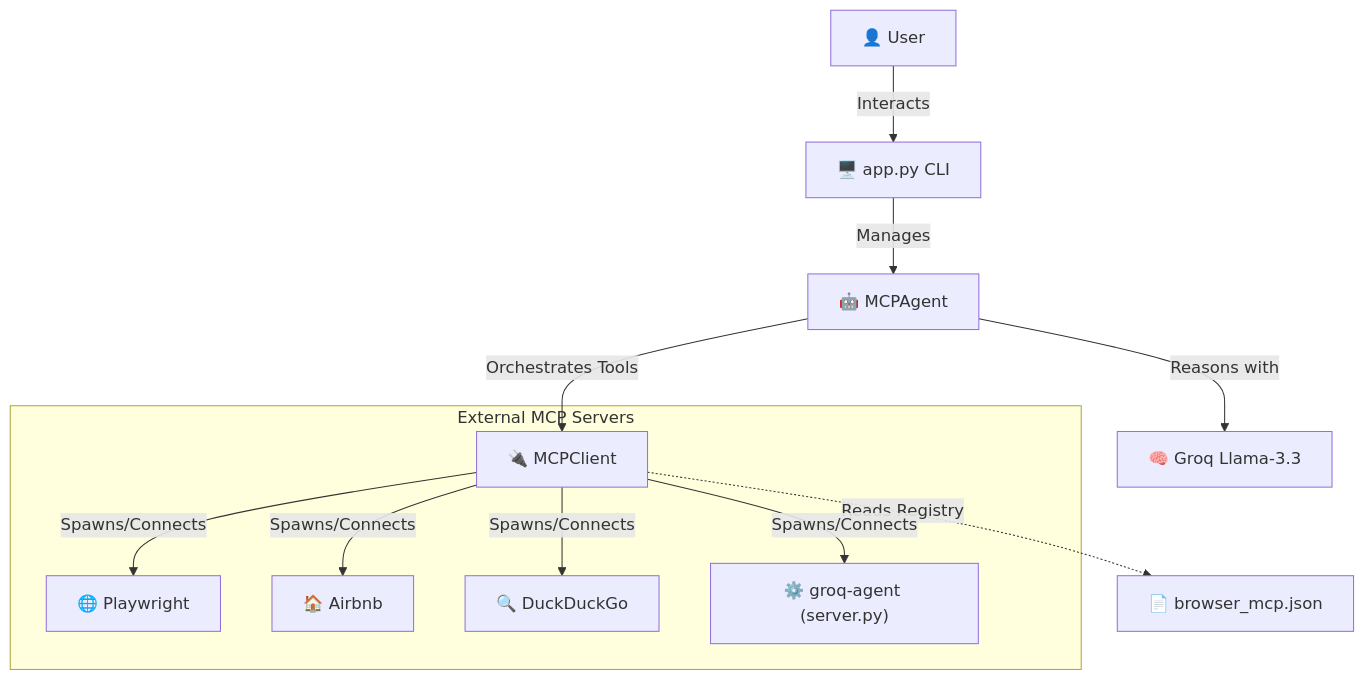
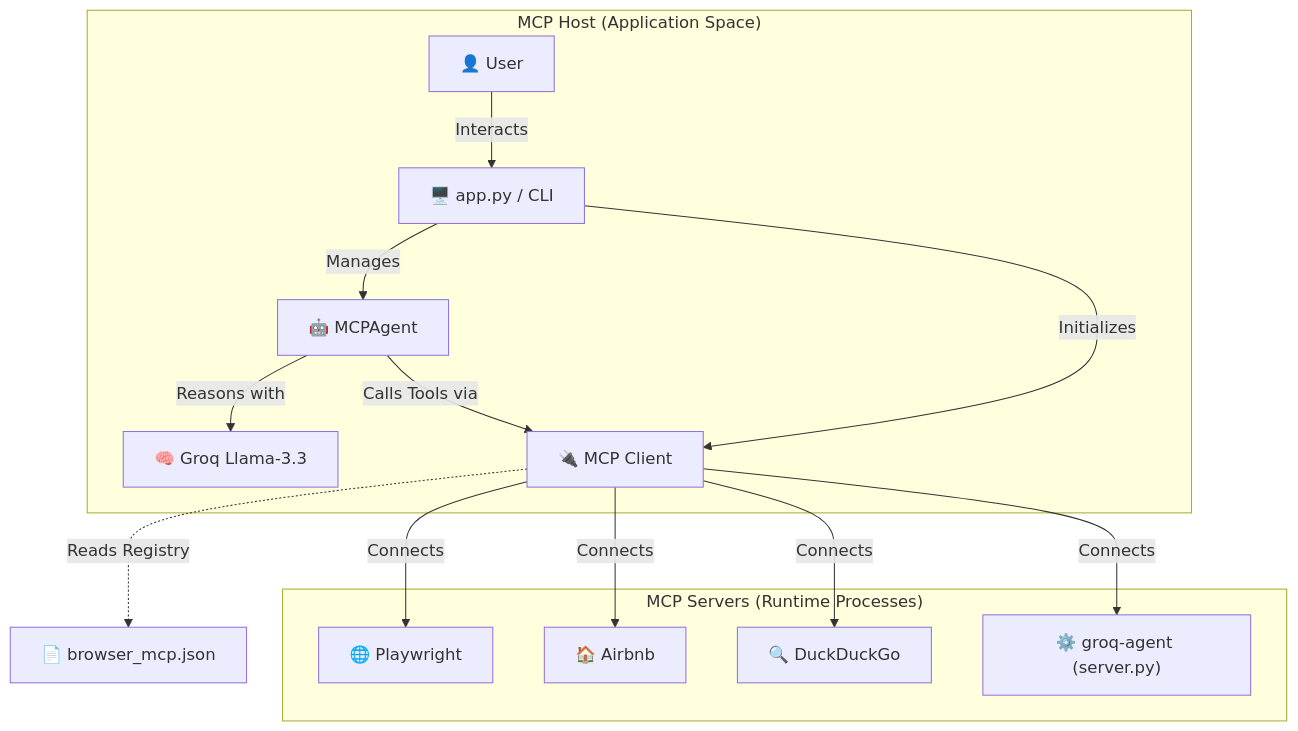
The diagram in README.md (DarshanHegdeP/MCP), drawn with Mermaid before and after one commit. The commit also changed other lines of this file, not shown here.

````diff
--- a/README.md
+++ b/README.md
@@ -11,15 +11,19 @@
 ```mermaid
 graph TD
-    User["👤 User"] -->|Interacts| App["🖥️ app.py CLI"]
-    App -->|Manages| Agent["🤖 MCPAgent"]
-    Agent -->|Reasons with| LLM["🧠 Groq Llama-3.3"]
-    Agent -->|Orchestrates Tools| Client["🔌 MCPClient"]
+    subgraph "MCP Host (Application Space)"
+        User["👤 User"] -->|Interacts| App["🖥️ app.py / CLI"]
+        App -->|Manages| Agent["🤖 MCPAgent"]
+        Agent -->|Reasons with| LLM["🧠 Groq Llama-3.3"]
+        App -->|Initializes| Client["🔌 MCP Client"]
+        Agent -->|Calls Tools via| Client
+    end
+
     Client -.->|Reads Registry| Config["📄 browser_mcp.json"]
-    
-    subgraph "External MCP Servers"
-        Client -->|Spawns/Connects| PW["🌐 Playwright"]
-        Client -->|Spawns/Connects| AB["🏠 Airbnb"]
-        Client -->|Spawns/Connects| DDG["🔍 DuckDuckGo"]
-        Client -->|Spawns/Connects| GA["⚙️ groq-agent (server.py)"]
+
+    subgraph "MCP Servers (Runtime Processes)"
+        Client -->|Connects| PW["🌐 Playwright"]
+        Client -->|Connects| AB["🏠 Airbnb"]
+        Client -->|Connects| DDG["🔍 DuckDuckGo"]
+        Client -->|Connects| GA["⚙️ groq-agent (server.py)"]
     end
 ```
````
